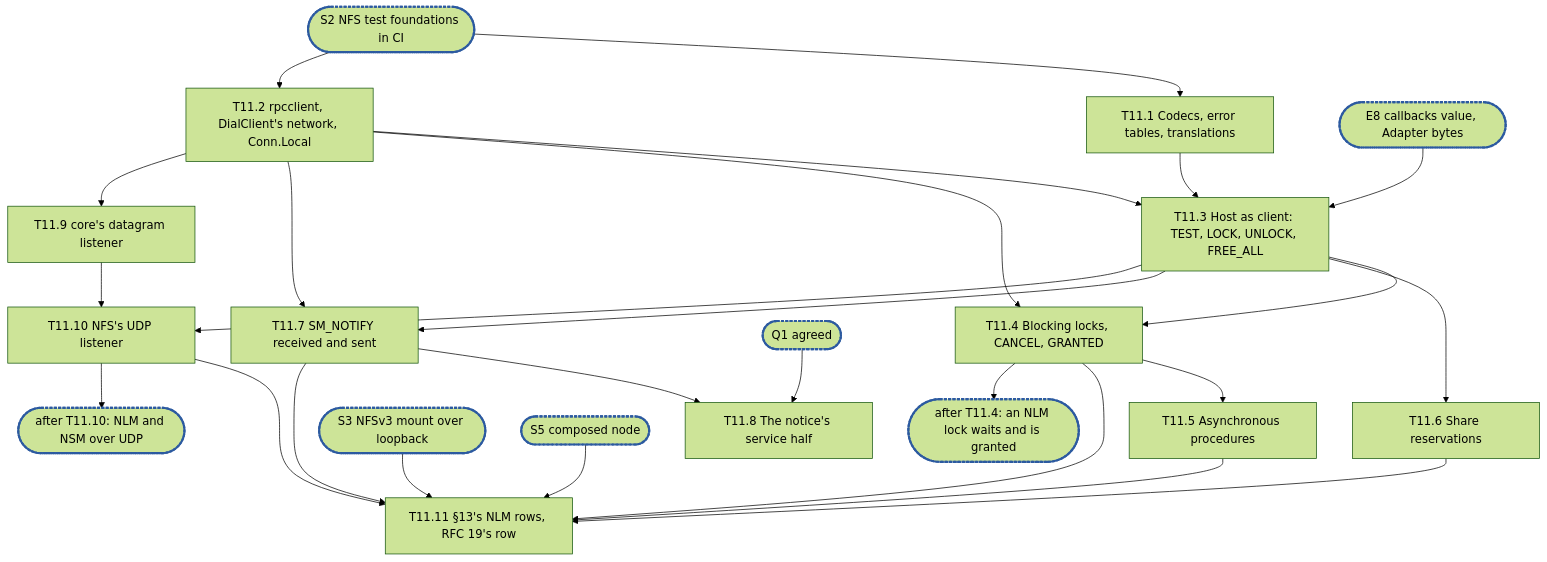
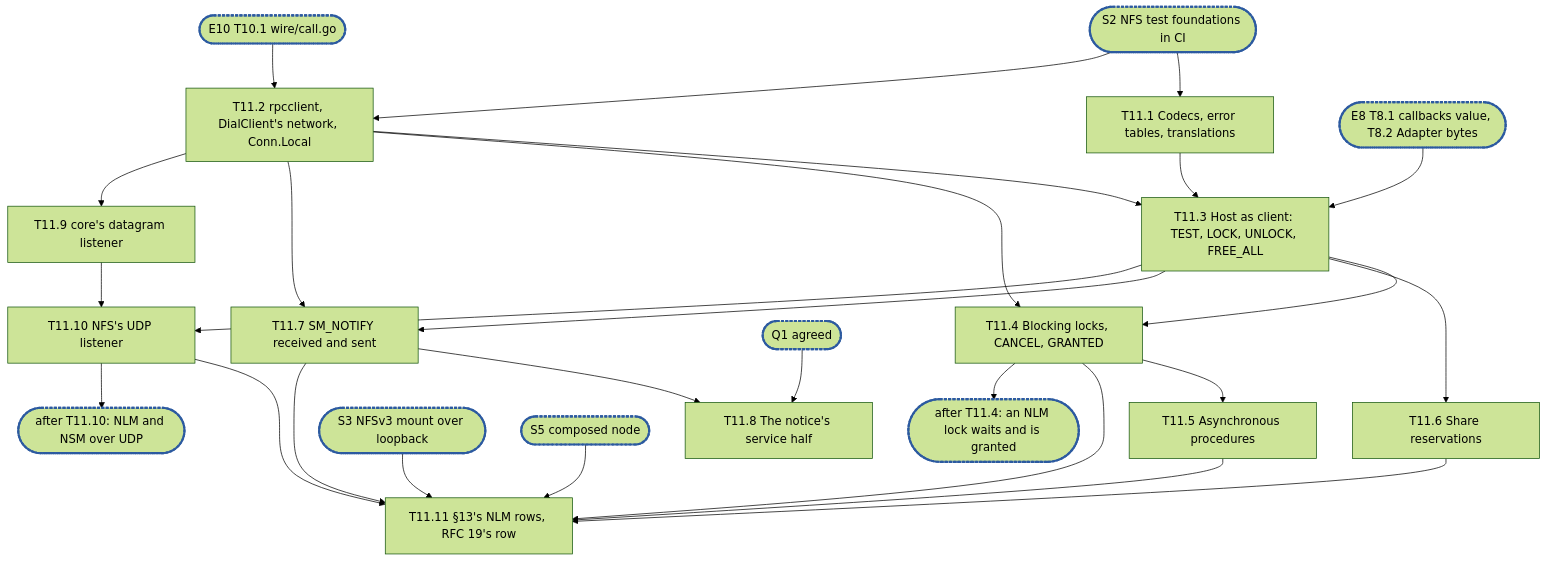
Before and after one commit to cubbit/dittofs: the diagram in .planning/rfc-21-nfs-epic11.md, drawn with Mermaid (forest theme). The commit also changed other lines of this file, not shown here.

````diff
--- a/.planning/rfc-21-nfs-epic11.md
+++ b/.planning/rfc-21-nfs-epic11.md
@@ -692,22 +697,23 @@
 ```mermaid
 flowchart TD
   S2(["S2 NFS test foundations in CI"]):::sync --> T11_1["T11.1 Codecs, error tables, translations"]
   S2 --> T11_2["T11.2 rpcclient, DialClient's network, Conn.Local"]
-  E8(["E8 callbacks value, Adapter bytes"]):::sync --> T11_3
+  E8(["E8 T8.1 callbacks value, T8.2 Adapter bytes"]):::sync --> T11_3
+  E10(["E10 T10.1 wire/call.go"]):::sync --> T11_2
   T11_1 & T11_2 --> T11_3["T11.3 Host as client: TEST, LOCK, UNLOCK, FREE_ALL"]
   T11_3 --> T11_4["T11.4 Blocking locks, CANCEL, GRANTED"]
   T11_2 --> T11_4
   T11_4 --> T11_5["T11.5 Asynchronous procedures"]
   T11_3 --> T11_6["T11.6 Share reservations"]
   T11_3 & T11_2 --> T11_7["T11.7 SM_NOTIFY received and sent"]
   T11_7 --> T11_8["T11.8 The notice's service half"]
   Q1(["Q1 agreed"]):::sync --> T11_8
   T11_2 --> T11_9["T11.9 core's datagram listener"]
   T11_9 & T11_3 --> T11_10["T11.10 NFS's UDP listener"]
   T11_4 & T11_5 & T11_6 & T11_7 & T11_10 --> T11_11["T11.11 §13's NLM rows, RFC 19's row"]
   S3(["S3 NFSv3 mount over loopback"]):::sync --> T11_11
   S5(["S5 composed node"]):::sync --> T11_11
   T11_4 --> C1(["after T11.4: an NLM lock waits and is granted"]):::sync
   T11_10 --> C2(["after T11.10: NLM and NSM over UDP"]):::sync
   classDef sync stroke:#2c5aa0,stroke-width:3px,stroke-dasharray:4 2
 ```
````
